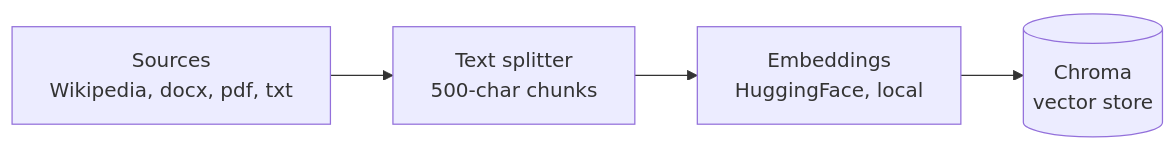
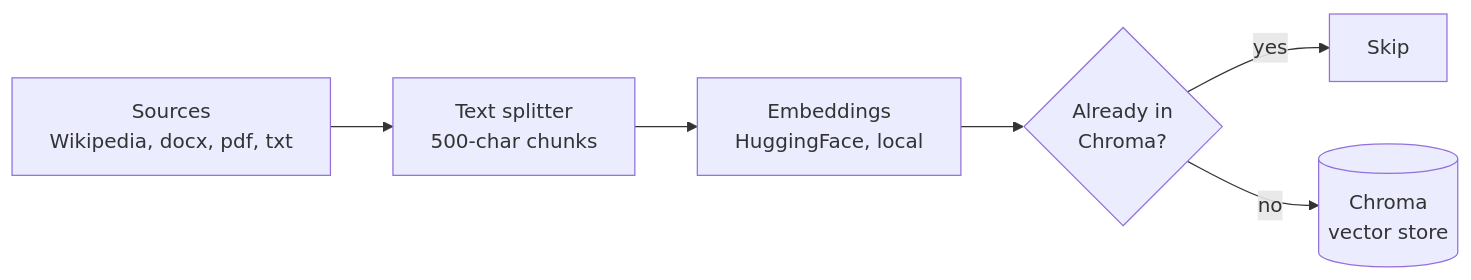
One commit to sahoouttam/langchain-rag-chatbot changed the first of 2 diagrams in README.md. Above: the diagram before and after it, drawn with Mermaid. The commit also changed other lines of this file and 29 other files, not shown here.

````diff
--- a/README.md
+++ b/README.md
@@ -18,6 +20,8 @@
 ```mermaid
 flowchart LR
     A[Sources<br/>Wikipedia, docx, pdf, txt] --> B[Text splitter<br/>500-char chunks]
     B --> C[Embeddings<br/>HuggingFace, local]
-    C --> D[(Chroma<br/>vector store)]
+    C --> E{Already in<br/>Chroma?}
+    E -- yes --> F[Skip]
+    E -- no --> D[(Chroma<br/>vector store)]
 ```
````
